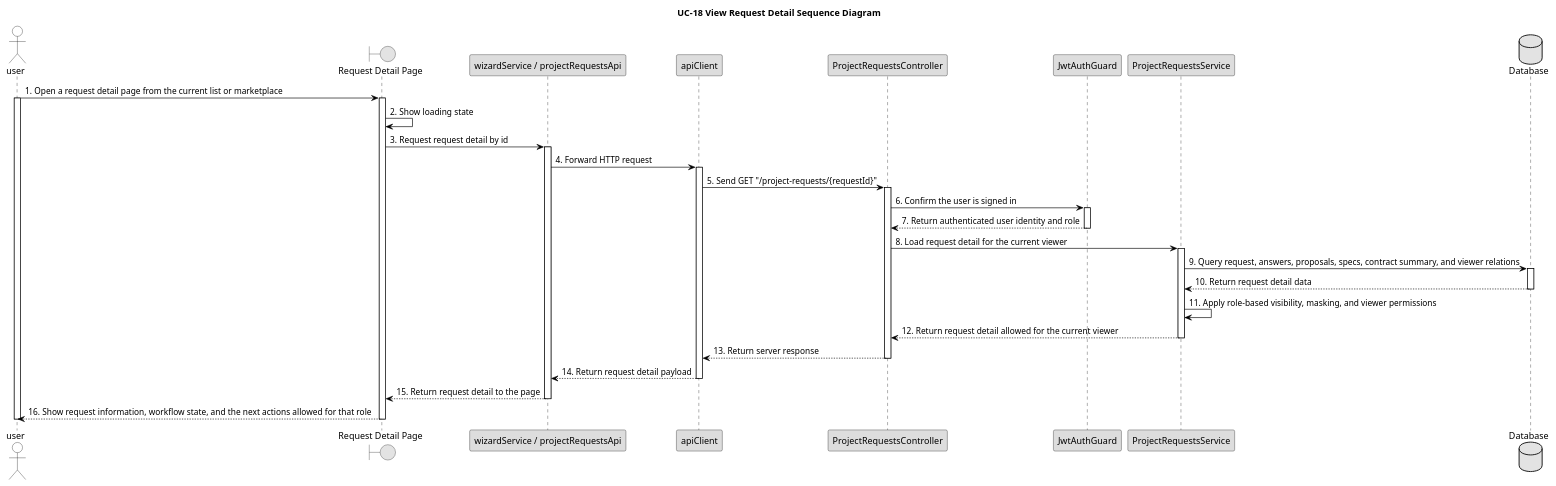
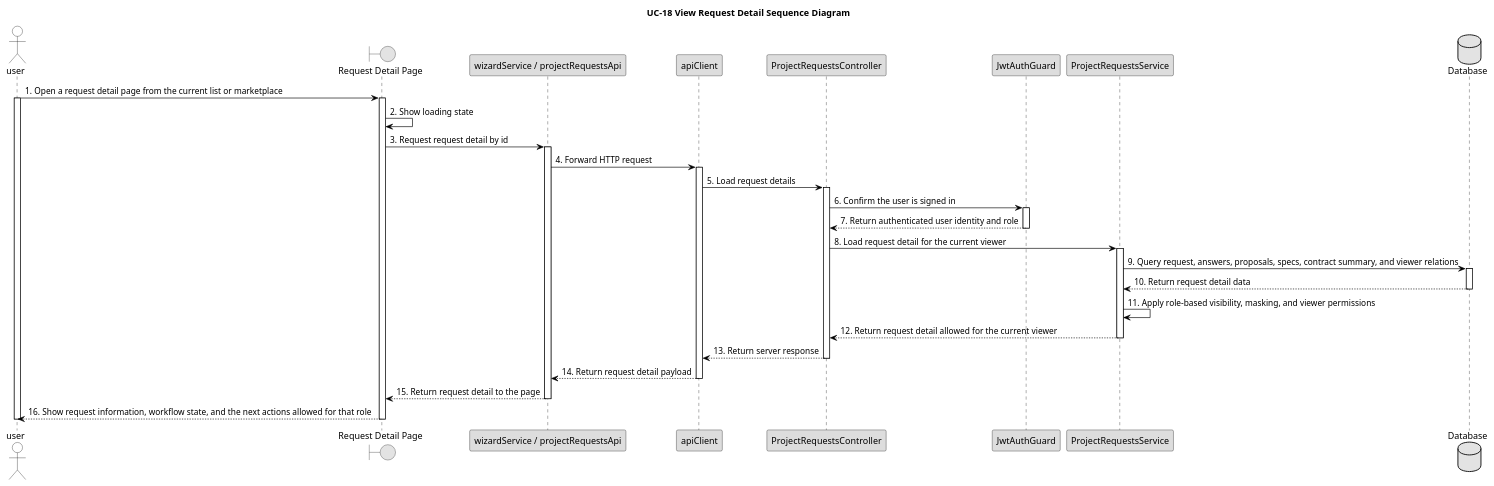
One commit to bangdcce/SEP492-Project changed the diagram in diagram/sequence/uc18_view_request_detail_sequence_diagram.puml. Above: the diagram before and after it, drawn with PlantUML. The commit also changed 130 other files, not shown here.

```diff
--- a/diagram/sequence/uc18_view_request_detail_sequence_diagram.puml
+++ b/diagram/sequence/uc18_view_request_detail_sequence_diagram.puml
@@ -1,135 +1,135 @@
 @startuml UC18_View_Request_Detail_Sequence_Diagram
 
 
 
 skinparam monochrome true
 
 skinparam defaultFontColor Black
 
 skinparam shadowing false
 
 
 
 skinparam sequence {
 
     ArrowColor Black
 
     LifeLineBorderColor Black
 
     LifeLineBackgroundColor White
 
     ParticipantBorderColor Black
 
     ParticipantBackgroundColor #DDDDDD
 
     ParticipantFontColor Black
 
     ActorBorderColor Black
 
     ActorBackgroundColor White
 
     ActorFontColor Black
 
     GroupHeaderFontColor Black
 
     GroupHeaderBackgroundColor White
 
     GroupBodyBackgroundColor White
 
     GroupBorderColor Black
 
 }
 
 
 
 
 
 title UC-18 View Request Detail Sequence Diagram
 
 
 
 actor user
 
 boundary "Request Detail Page" as Page
 
 participant "wizardService / projectRequestsApi" as RequestAPI
 
 participant "apiClient" as ApiClient
 
 participant "ProjectRequestsController" as Controller
 
 participant "JwtAuthGuard" as JWTGuard
 
 participant "ProjectRequestsService" as Service
 
 database "Database" as DB
 
 
 
 user -> Page : 1. Open a request detail page from the current list or marketplace
 
 activate user
 
 activate Page
 
 Page -> Page : 2. Show loading state
 
 Page -> RequestAPI : 3. Request request detail by id
 
 activate RequestAPI
 
 RequestAPI -> ApiClient : 4. Forward HTTP request
 
 activate ApiClient
 
-ApiClient -> Controller : 5. Send GET "/project-requests/{requestId}"
+ApiClient -> Controller : 5. Load request details
 
 activate Controller
 
 Controller -> JWTGuard : 6. Confirm the user is signed in
 
 activate JWTGuard
 
 JWTGuard --> Controller : 7. Return authenticated user identity and role
 
 deactivate JWTGuard
 
 Controller -> Service : 8. Load request detail for the current viewer
 
 activate Service
 
 Service -> DB : 9. Query request, answers, proposals, specs, contract summary, and viewer relations
 
 activate DB
 
 DB --> Service : 10. Return request detail data
 
 deactivate DB
 
 Service -> Service : 11. Apply role-based visibility, masking, and viewer permissions
 
 Service --> Controller : 12. Return request detail allowed for the current viewer
 
 deactivate Service
 
 Controller --> ApiClient : 13. Return server response
 
 deactivate Controller
 
 ApiClient --> RequestAPI : 14. Return request detail payload
 
 deactivate ApiClient
 
 RequestAPI --> Page : 15. Return request detail to the page
 
 deactivate RequestAPI
 
 Page --> user : 16. Show request information, workflow state, and the next actions allowed for that role
 
 deactivate Page
 
 deactivate user
 
 
 
 @enduml
```
